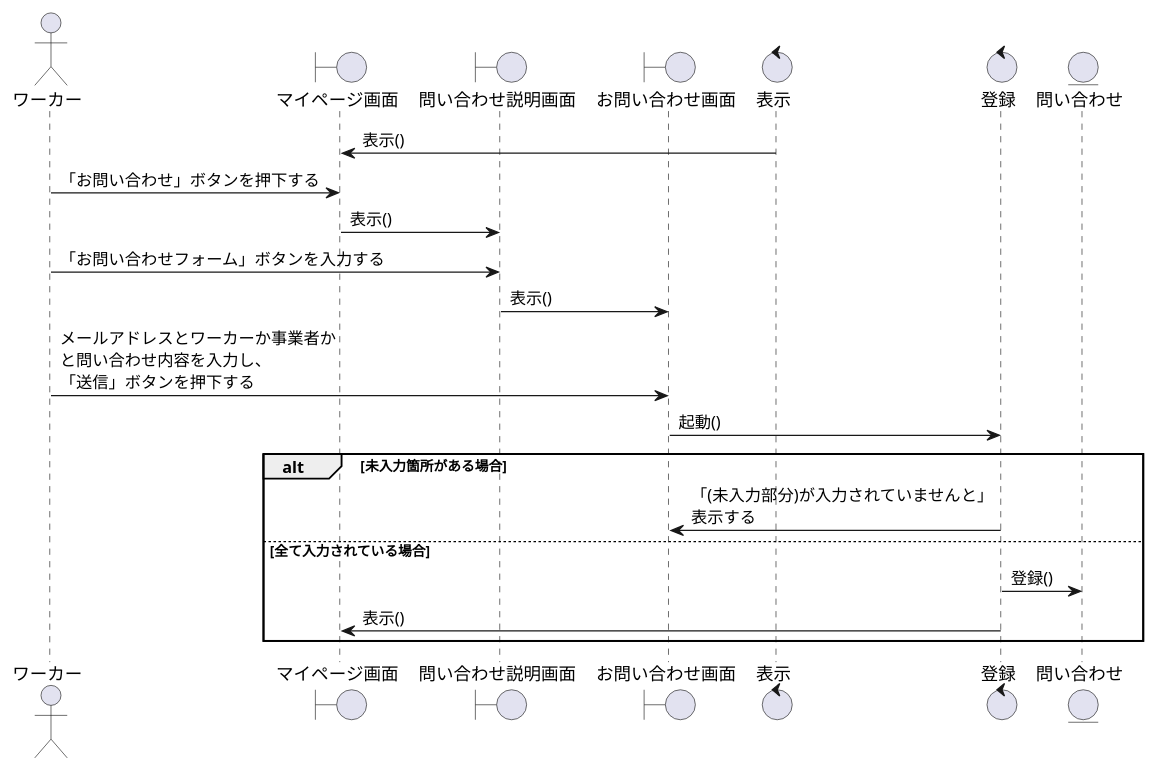
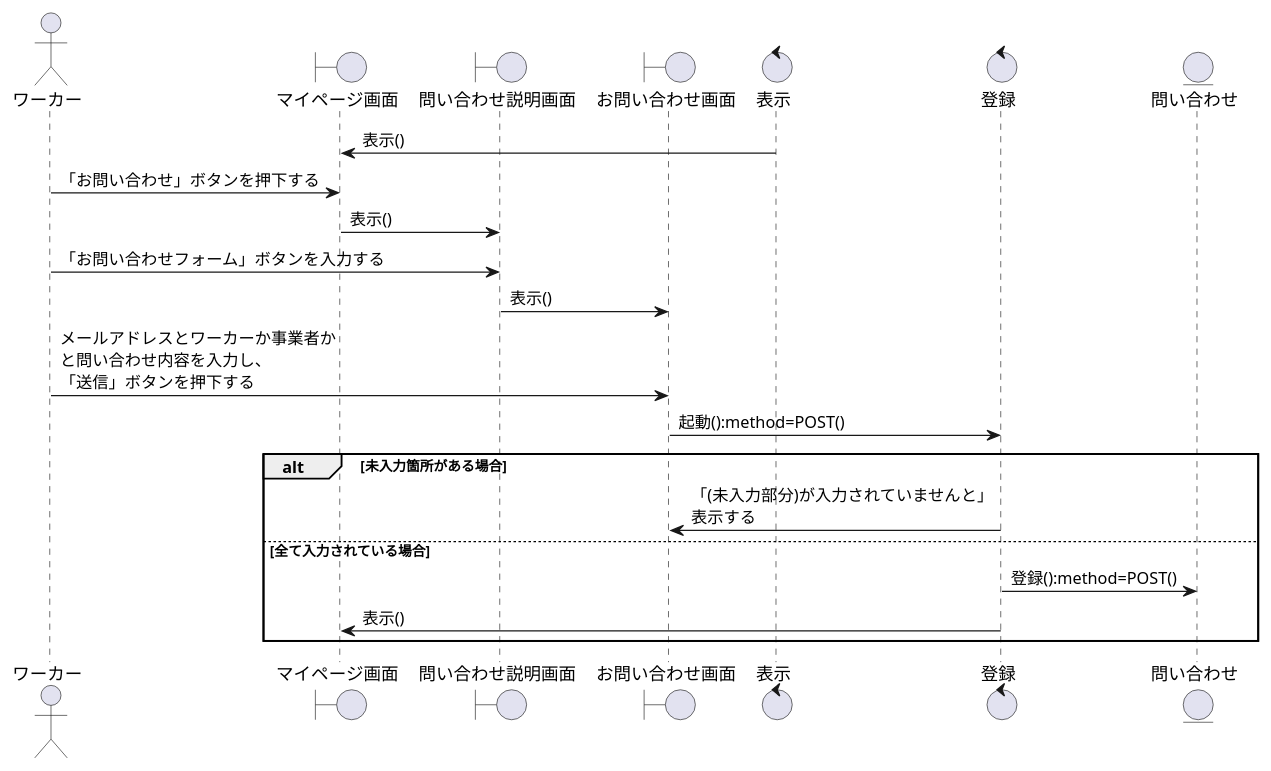
One commit to irukacb256/high_Me changed the diagram in sequence_fig/7_acconts_fn/13_お問い合わせをする.pu. Above: the diagram before and after it, drawn with PlantUML. The commit also changed 13 other files, not shown here.

```diff
--- a/sequence_fig/7_acconts_fn/13_お問い合わせをする.pu
+++ b/sequence_fig/7_acconts_fn/13_お問い合わせをする.pu
@@ -1,31 +1,31 @@
 @startuml お問い合わせをする
 
 actor ワーカー as wo1
 
 boundary マイページ画面 as bo1
 boundary 問い合わせ説明画面 as bo2
 boundary お問い合わせ画面 as bo3
 
 control 表示 as co1
 control 登録 as co2
 
 entity 問い合わせ as en1
 
 co1 -> bo1:表示()
 wo1 -> bo1:「お問い合わせ」ボタンを押下する
 bo1 -> bo2:表示()
 wo1 -> bo2:「お問い合わせフォーム」ボタンを入力する
 bo2 -> bo3:表示()
 
 wo1 -> bo3:メールアドレスとワーカーか事業者か\nと問い合わせ内容を入力し、\n「送信」ボタンを押下する
-bo3 -> co2:起動()
+bo3 -> co2:起動():method=POST()
 alt 未入力箇所がある場合
     co2 -> bo3:「(未入力部分)が入力されていませんと」\n表示する
 
 else 全て入力されている場合
-    co2 -> en1:登録()
+    co2 -> en1:登録():method=POST()
     co2 -> bo1:表示()
 
 end
 
 @enduml
```
